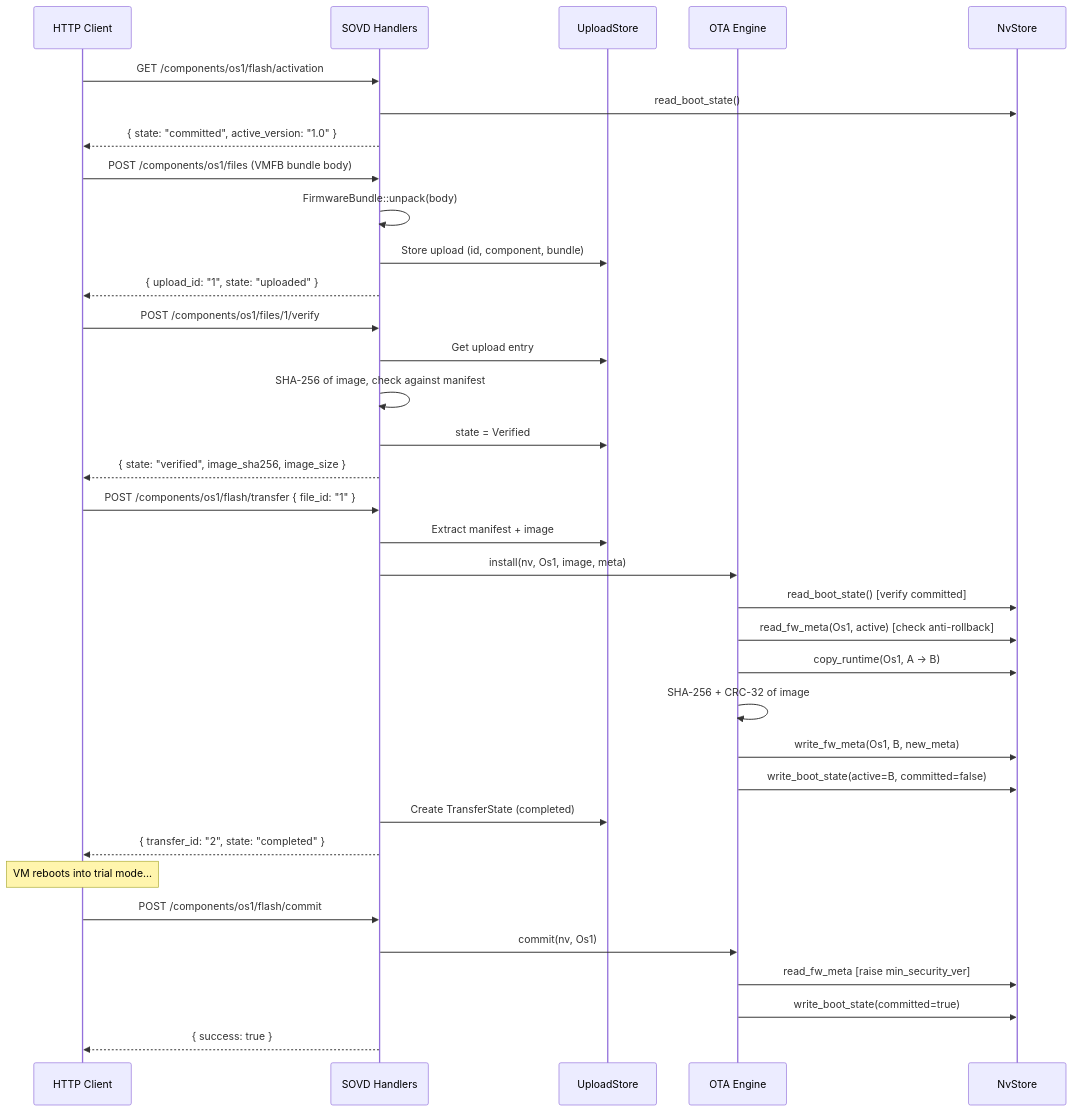
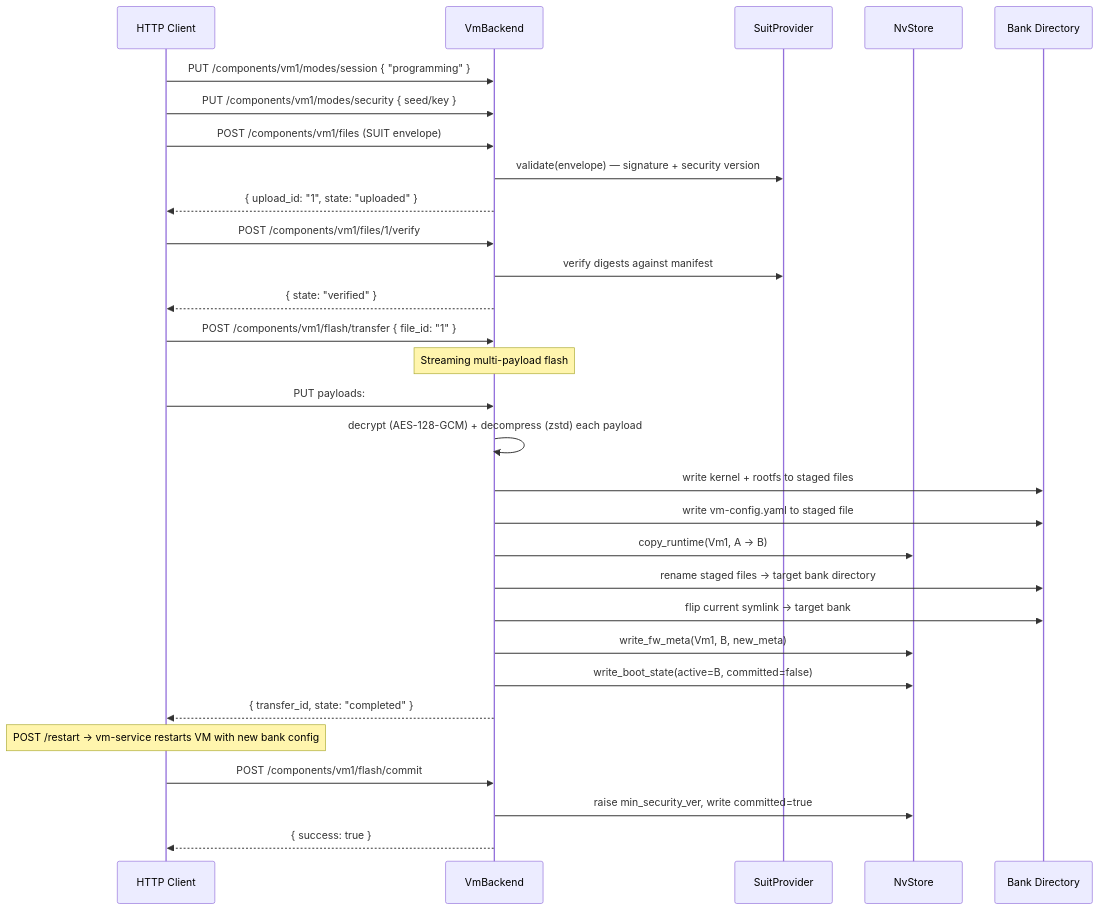
One commit to sdv-playground/sumo-vm-mgr changed the fifth of 7 diagrams in ARCHITECTURE.md. Above: the diagram before and after it, drawn with Mermaid. The commit also changed other lines of this file and 35 other files, not shown here.

First line of the commit message:
Rename components (os1→vm1, os2→vm2, hyp→hypervisor), add per-bank VM config

````diff
--- a/ARCHITECTURE.md
+++ b/ARCHITECTURE.md
@@ -453,43 +464,38 @@
 ```mermaid
 sequenceDiagram
     participant C as HTTP Client
-    participant H as SOVD Handlers
-    participant U as UploadStore
-    participant OTA as OTA Engine
+    participant H as VmBackend
+    participant S as SuitProvider
     participant NV as NvStore
+    participant FS as Bank Directory
 
-    C->>H: GET /components/os1/flash/activation
-    H->>NV: read_boot_state()
-    H-->>C: { state: "committed", active_version: "1.0" }
+    C->>H: PUT /components/vm1/modes/session { "programming" }
+    C->>H: PUT /components/vm1/modes/security { seed/key }
 
-    C->>H: POST /components/os1/files (VMFB bundle body)
-    H->>H: FirmwareBundle::unpack(body)
-    H->>U: Store upload (id, component, bundle)
+    C->>H: POST /components/vm1/files (SUIT envelope)
+    H->>S: validate(envelope) — signature + security version
     H-->>C: { upload_id: "1", state: "uploaded" }
 
-    C->>H: POST /components/os1/files/1/verify
-    H->>U: Get upload entry
-    H->>H: SHA-256 of image, check against manifest
-    H->>U: state = Verified
-    H-->>C: { state: "verified", image_sha256, image_size }
+    C->>H: POST /components/vm1/files/1/verify
+    H->>S: verify digests against manifest
+    H-->>C: { state: "verified" }
 
-    C->>H: POST /components/os1/flash/transfer { file_id: "1" }
-    H->>U: Extract manifest + image
-    H->>OTA: install(nv, Os1, image, meta)
-    OTA->>NV: read_boot_state() [verify committed]
-    OTA->>NV: read_fw_meta(Os1, active) [check anti-rollback]
-    OTA->>NV: copy_runtime(Os1, A -> B)
-    OTA->>OTA: SHA-256 + CRC-32 of image
-    OTA->>NV: write_fw_meta(Os1, B, new_meta)
-    OTA->>NV: write_boot_state(active=B, committed=false)
-    H->>U: Create TransferState (completed)
-    H-->>C: { transfer_id: "2", state: "completed" }
+    C->>H: POST /components/vm1/flash/transfer { file_id: "1" }
+    Note over H: Streaming multi-payload flash
+    C->>H: PUT payloads: #kernel, #firmware, #config
+    H->>H: decrypt (AES-128-GCM) + decompress (zstd) each payload
+    H->>FS: write kernel + rootfs to staged files
+    H->>FS: write vm-config.yaml to staged file
+    H->>NV: copy_runtime(Vm1, A -> B)
+    H->>FS: rename staged files → target bank directory
+    H->>FS: flip current symlink → target bank
+    H->>NV: write_fw_meta(Vm1, B, new_meta)
+    H->>NV: write_boot_state(active=B, committed=false)
+    H-->>C: { transfer_id, state: "completed" }
 
-    Note over C: VM reboots into trial mode...
+    Note over C: POST /restart → vm-service restarts VM with new bank config
 
-    C->>H: POST /components/os1/flash/commit
-    H->>OTA: commit(nv, Os1)
-    OTA->>NV: read_fw_meta [raise min_security_ver]
-    OTA->>NV: write_boot_state(committed=true)
+    C->>H: POST /components/vm1/flash/commit
+    H->>NV: raise min_security_ver, write committed=true
     H-->>C: { success: true }
 ```
````
